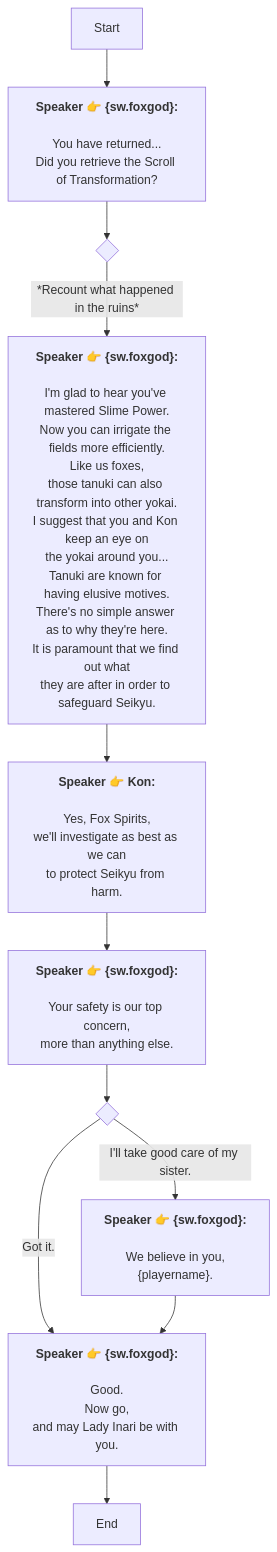
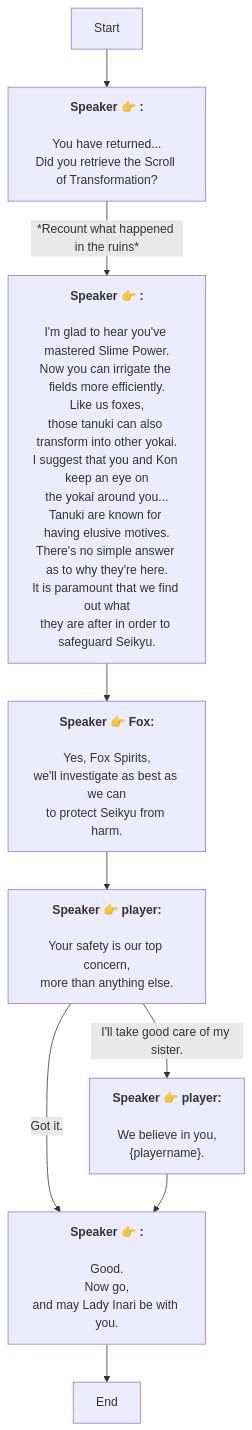
Before and after one commit to SoftHu/tos_avg: the diagram in En/QuestTalkObjectiveNode_1761909999151349.md, drawn with Mermaid. The commit also changed 737 other files, not shown here.

````diff
--- a/En/QuestTalkObjectiveNode_1761909999151349.md
+++ b/En/QuestTalkObjectiveNode_1761909999151349.md
@@ -1,46 +1,33 @@
 ```mermaid
 graph
-Start -->1761910727852289[<b>Speaker 👉 &lbrace;sw.foxgod&rbrace;:</b>
-
-You have returned...
+Start -->1761910727852289[<b>Speaker 👉 :</b>
+\nYou have returned...
 Did you retrieve the Scroll of Transformation?]
-1761910727852289 -->1761910877014274{ }
-1761910877014274 -->|*Recount what happened in the ruins*|1761910898746629[<b>Speaker 👉 &lbrace;sw.foxgod&rbrace;:</b>
-
-I'm glad to hear you've mastered Slime Power.
-Now you can irrigate the fields more efficiently.
-Like us foxes,
-those tanuki can also transform into other yokai.
-I suggest that you and Kon keep an eye on
-the yokai around you...
-Tanuki are known for having elusive motives.
-There's no simple answer as to why they're here.
-It is paramount that we find out what
+1761910727852289 -->|*Recount what happened in the ruins*|1761910898746629[<b>Speaker 👉 :</b>
+\nI'm glad to hear you've mastered Slime Power.
+Now you can irrigate the fields more efficiently.\nLike us foxes,
+those tanuki can also transform into other yokai.\nI suggest that you and Kon keep an eye on
+the yokai around you...\nTanuki are known for having elusive motives.
+There's no simple answer as to why they're here.\nIt is paramount that we find out what
 they are after in order to safeguard Seikyu.]
-1761910898746629 -->1761910989212934[<b>Speaker 👉 Kon:</b>
-
-Yes, Fox Spirits,
+1761910898746629 -->1761910989212934[<b>Speaker 👉 Fox:</b>
+\nYes, Fox Spirits,
 we'll investigate as best as we can
 to protect Seikyu from harm.]
-1761910989212934 -->1761911109766407[<b>Speaker 👉 &lbrace;sw.foxgod&rbrace;:</b>
-
-Your safety is our top concern,
+1761910989212934 -->1761911109766407[<b>Speaker 👉 player:</b>
+\nYour safety is our top concern,
 more than anything else.]
-1761911109766407 -->1761911267140872{ }
-1761911267140872 -->|Got it.|1761911280317707[<b>Speaker 👉 &lbrace;sw.foxgod&rbrace;:</b>
-
-Good.
+1761911109766407 -->|Got it.|1761911280317707[<b>Speaker 👉 :</b>
+\nGood.
 Now go,
 and may Lady Inari be with you.]
-1761911267140872 -->|I'll take good care of my sister.|1761911308834062[<b>Speaker 👉 &lbrace;sw.foxgod&rbrace;:</b>
-
-We believe in you,
+1761911109766407 -->|I'll take good care of my sister.|1761911308834062[<b>Speaker 👉 player:</b>
+\nWe believe in you,
 &lbrace;playername&rbrace;.]
 1761911280317707 -->1761911318607119[End]
-1761911308834062 -->1761911280317707[<b>Speaker 👉 &lbrace;sw.foxgod&rbrace;:</b>
-
-Good.
+1761911308834062 -->1761911280317707[<b>Speaker 👉 :</b>
+\nGood.
 Now go,
 and may Lady Inari be with you.]
 
- ```
+```
````
